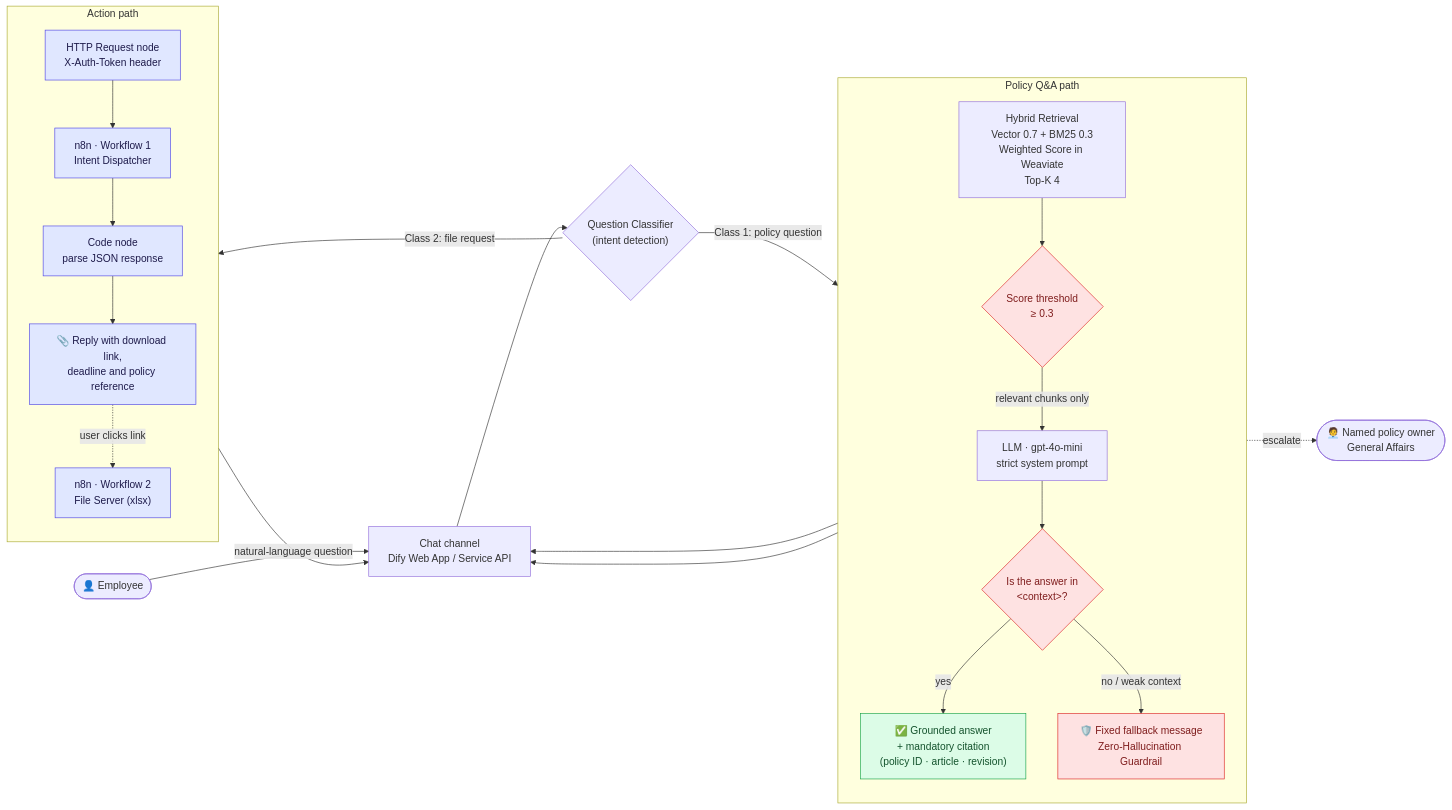
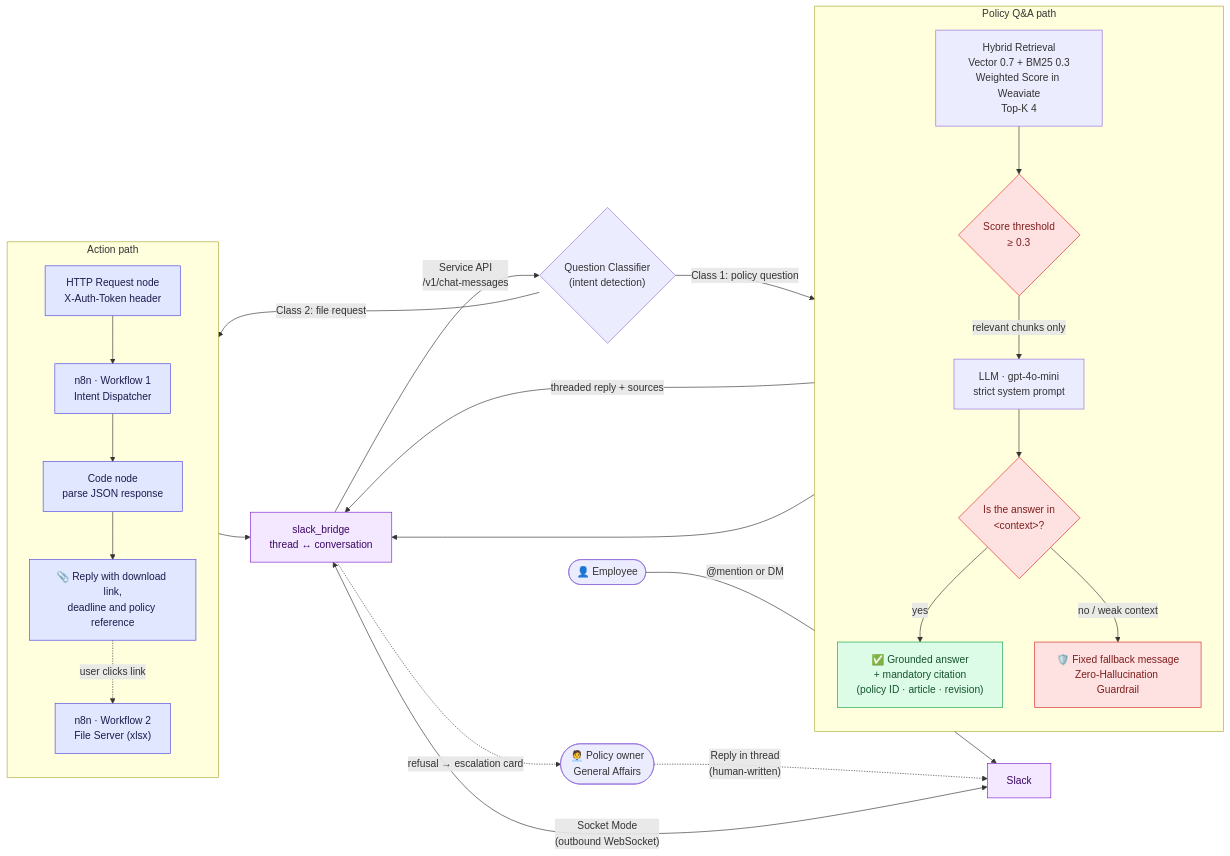
Before and after one commit to knmgn/RAG_with_Dify_Automation: the diagram in README.md, drawn with Mermaid. The commit also changed other lines of this file and 17 other files, not shown here.

First line of the commit message:
Add a Slack front end with a human escalation loop

````diff
--- a/README.md
+++ b/README.md
@@ -57,46 +59,50 @@
 ```mermaid
 flowchart LR
-    U(["👤 Employee"]) -->|"natural-language question"| CH["Chat channel<br/>Dify Web App / Service API"]
-    CH --> QC{"Question Classifier<br/>(intent detection)"}
+    U(["👤 Employee"]) -->|"@mention or DM"| SL["Slack"]
+    SL <-->|"Socket Mode<br/>(outbound WebSocket)"| BR["slack_bridge<br/>thread ↔ conversation"]
+    BR -->|"Service API<br/>/v1/chat-messages"| QC{"Question Classifier<br/>(intent detection)"}
 
     subgraph RAG["Policy Q&A path"]
         direction TB
         KR["Hybrid Retrieval<br/>Vector 0.7 + BM25 0.3<br/>Weighted Score in Weaviate<br/>Top-K 4"]
         TH{"Score threshold<br/>≥ 0.3"}
         LLM["LLM · gpt-4o-mini<br/>strict system prompt"]
         GR{"Is the answer in<br/>&lt;context&gt;?"}
         ANS["✅ Grounded answer<br/>+ mandatory citation<br/>(policy ID · article · revision)"]
         FB["🛡️ Fixed fallback message<br/>Zero-Hallucination Guardrail"]
         KR --> TH
         TH -->|"relevant chunks only"| LLM
         LLM --> GR
         GR -->|"yes"| ANS
         GR -->|"no / weak context"| FB
     end
 
     subgraph AUTO["Action path"]
         direction TB
         HTTP["HTTP Request node<br/>X-Auth-Token header"]
         WF1["n8n · Workflow 1<br/>Intent Dispatcher"]
         CODE["Code node<br/>parse JSON response"]
         FA["📎 Reply with download link,<br/>deadline and policy reference"]
         WF2["n8n · Workflow 2<br/>File Server (xlsx)"]
         HTTP --> WF1 --> CODE --> FA
         FA -.->|"user clicks link"| WF2
     end
 
     QC -->|"Class 1: policy question"| KR
     QC -->|"Class 2: file request"| HTTP
 
-    ANS --> CH
-    FA --> CH
-    FB --> CH
-    FB -.->|"escalate"| H(["🧑‍💼 Named policy owner<br/>General Affairs"])
+    ANS -->|"threaded reply + sources"| BR
+    FA --> BR
+    FB --> BR
+    BR -.->|"refusal → escalation card"| H(["🧑‍💼 Policy owner<br/>General Affairs"])
+    H -.->|"Reply in thread<br/>(human-written)"| SL
 
     classDef guard fill:#fee2e2,stroke:#dc2626,color:#7f1d1d
     classDef ok fill:#dcfce7,stroke:#16a34a,color:#14532d
     classDef auto fill:#e0e7ff,stroke:#4f46e5,color:#1e1b4b
     class FB,GR,TH guard
     class ANS ok
     class HTTP,WF1,CODE,FA,WF2 auto
+    classDef slack fill:#f3e8ff,stroke:#7e22ce,color:#3b0764
+    class SL,BR slack
 ```
````
